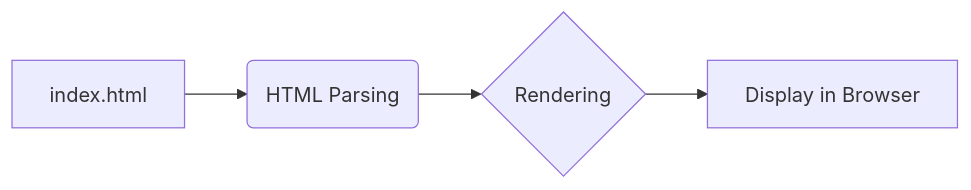
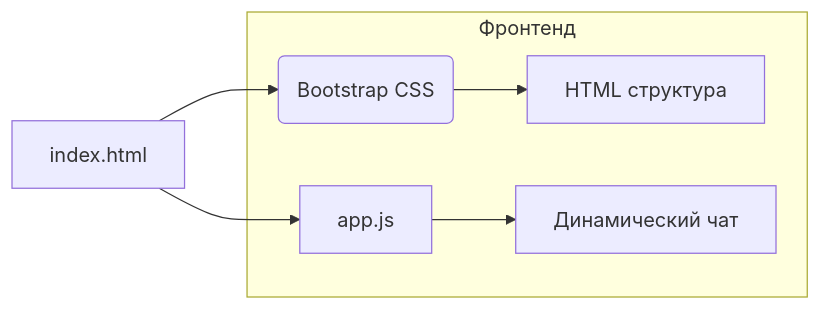
The diagram in docs/gemini/ru/explainer/src/fast_api/gemini/frontent/index.md (hypo69/hypo), drawn with Mermaid before and after one commit. The commit also changed other lines of this file and 468 other files, not shown here.

````diff
--- a/docs/gemini/ru/explainer/src/fast_api/gemini/frontent/index.md
+++ b/docs/gemini/ru/explainer/src/fast_api/gemini/frontent/index.md
@@ -18,6 +49,9 @@
 ```mermaid
 graph LR
-    A[index.html] --> B(HTML Parsing);
-    B --> C{Rendering};
-    C --> D[Display in Browser];
+    A[index.html] --> B(Bootstrap CSS);
+    A --> C[app.js];
+    subgraph "Фронтенд"
+        B --> D[HTML структура];
+        C --> E[Динамический чат];
+    end
 ```
````
